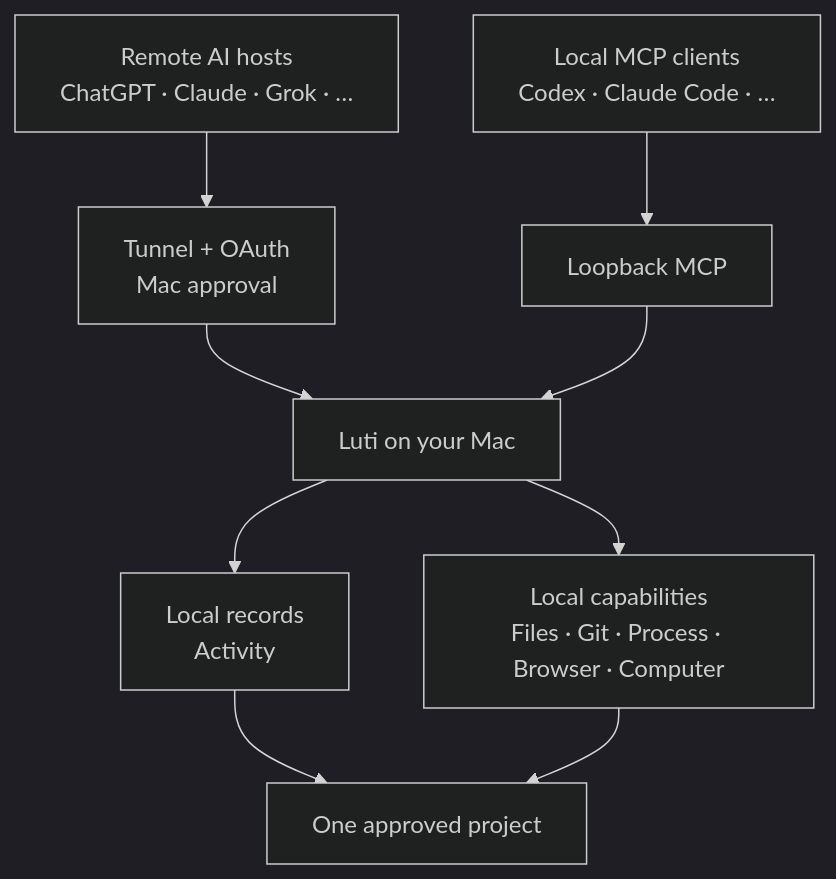
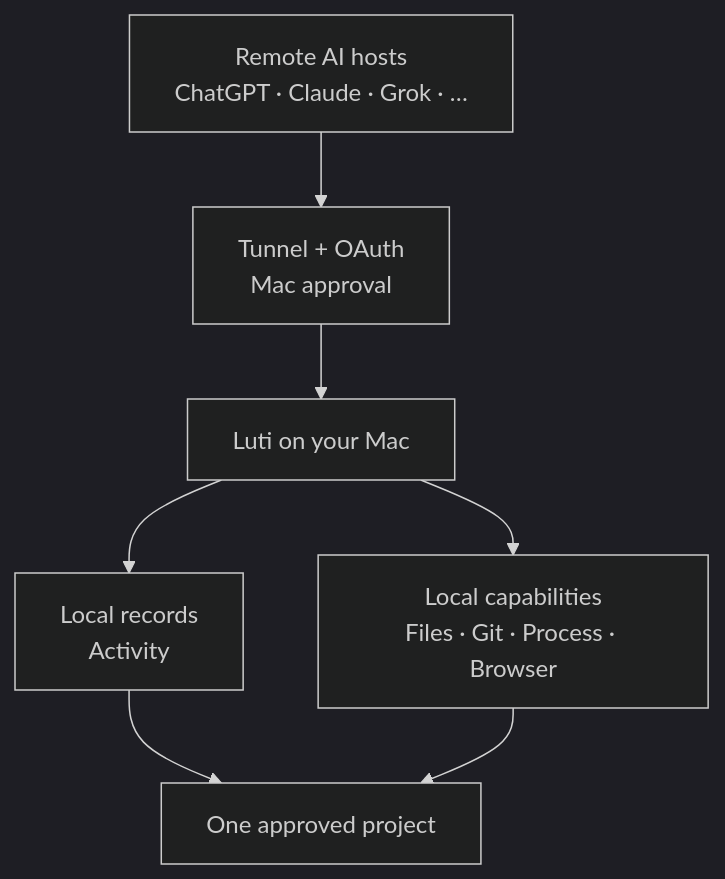
The diagram in README.md (boltguo/Luti), drawn with Mermaid (dark theme) before and after one commit. The commit also changed other lines of this file and 43 other files, not shown here.

````diff
--- a/README.md
+++ b/README.md
@@ -27,16 +27,13 @@
 ```mermaid
 flowchart TB
     remote["Remote AI hosts<br/>ChatGPT · Claude · Grok · …"]
-    local["Local MCP clients<br/>Codex · Claude Code · …"]
     tunnel["Tunnel + OAuth<br/>Mac approval"]
-    loopback["Loopback MCP"]
     luti["Luti on your Mac"]
     context["Local records<br/>Activity"]
-    tools["Local capabilities<br/>Files · Git · Process · Browser · Computer"]
+    tools["Local capabilities<br/>Files · Git · Process · Browser"]
     project["One approved project"]
 
     remote --> tunnel --> luti
-    local --> loopback --> luti
     luti --> context --> project
     luti --> tools --> project
 ```
````
